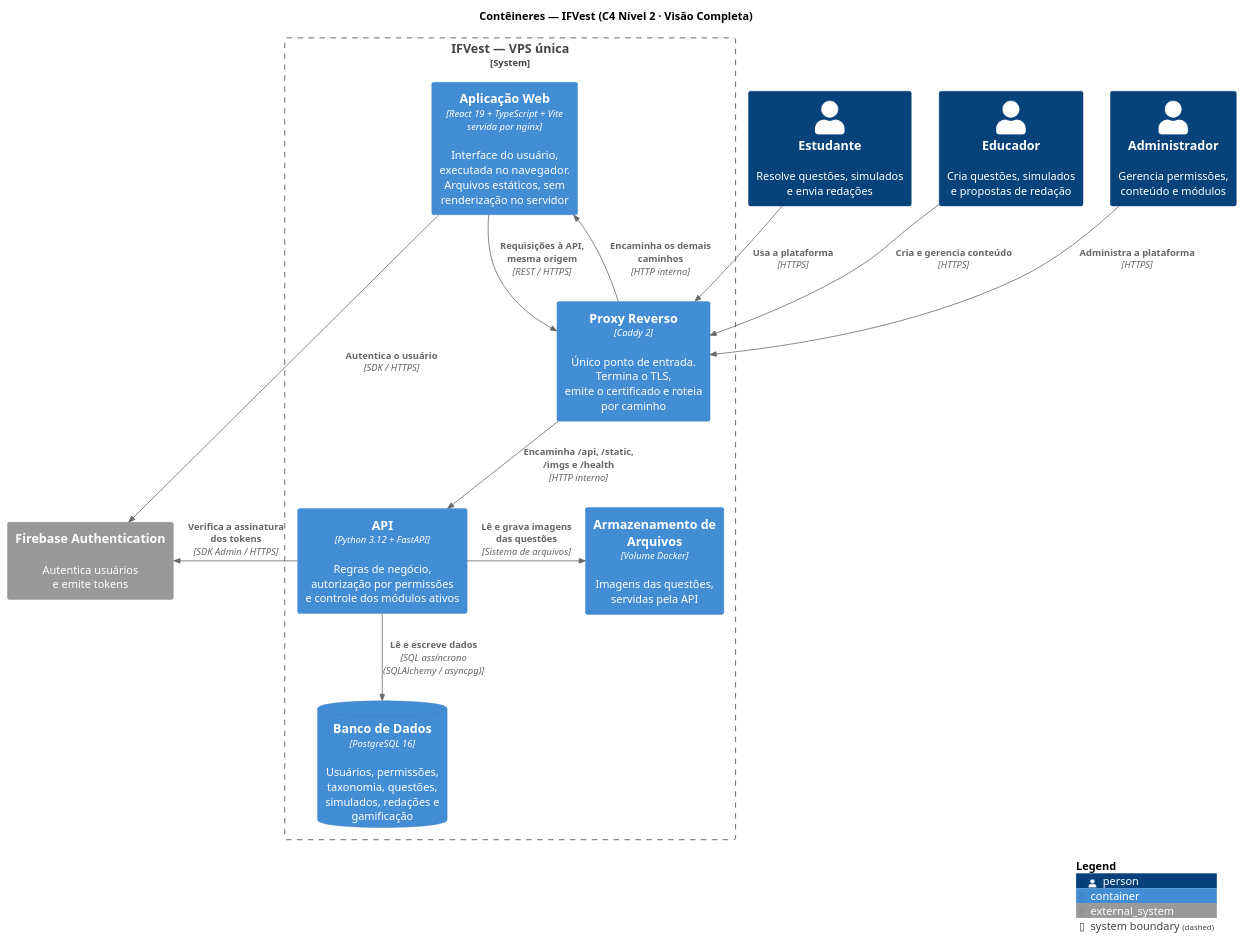
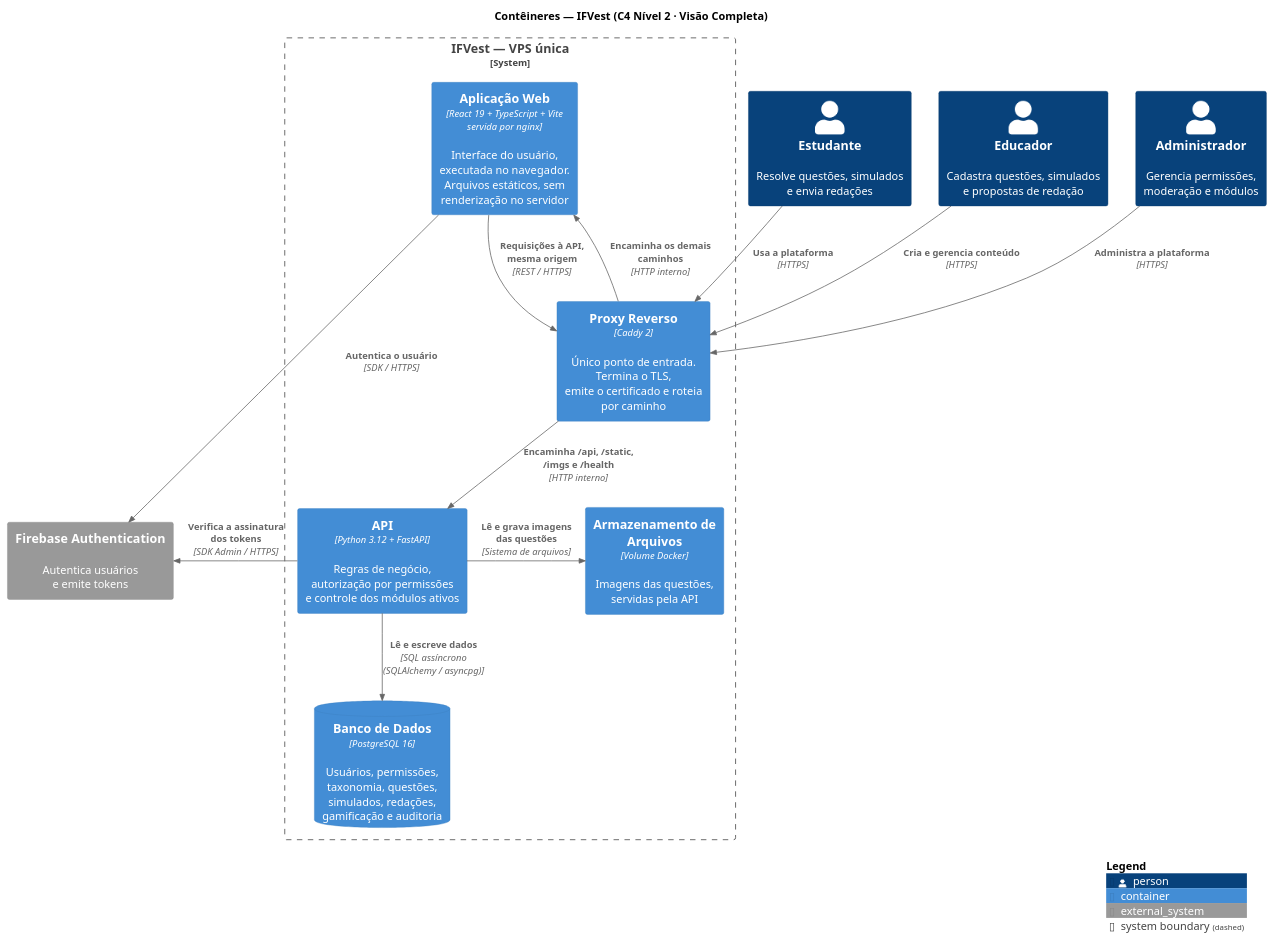
Before and after one commit to IthaloCavalcante/ifvest-docs: the diagram in docs/diagrams/src/c4_l2_container_1.puml, drawn with PlantUML. The commit also changed 17 other files, not shown here.

```diff
--- a/docs/diagrams/src/c4_l2_container_1.puml
+++ b/docs/diagrams/src/c4_l2_container_1.puml
@@ -1,37 +1,37 @@
 @startuml C4_Container_IFVest_Completo
 !include https://raw.githubusercontent.com/plantuml-stdlib/C4-PlantUML/master/C4_Container.puml
 
 title Contêineres — IFVest (C4 Nível 2 · Visão Completa)
 
 LAYOUT_TOP_DOWN()
 
 Person(estudante, "Estudante", "Resolve questões, simulados\ne envia redações")
-Person(educador, "Educador", "Cria questões, simulados\ne propostas de redação")
-Person(admin, "Administrador", "Gerencia permissões,\nconteúdo e módulos")
+Person(educador, "Educador", "Cadastra questões, simulados\ne propostas de redação")
+Person(admin, "Administrador", "Gerencia permissões,\nmoderação e módulos")
 
 System_Boundary(ifvest, "IFVest — VPS única") {
     Container(caddy, "Proxy Reverso", "Caddy 2", "Único ponto de entrada. Termina o TLS,\nemite o certificado e roteia por caminho")
     Container(web, "Aplicação Web", "React 19 + TypeScript + Vite\nservida por nginx", "Interface do usuário, executada no navegador.\nArquivos estáticos, sem renderização no servidor")
     Container(api, "API", "Python 3.12 + FastAPI", "Regras de negócio, autorização por permissões\ne controle dos módulos ativos")
-    ContainerDb(db, "Banco de Dados", "PostgreSQL 16", "Usuários, permissões, taxonomia, questões,\nsimulados, redações e gamificação")
+    ContainerDb(db, "Banco de Dados", "PostgreSQL 16", "Usuários, permissões, taxonomia, questões,\nsimulados, redações, gamificação e auditoria")
     Container(arquivos, "Armazenamento de Arquivos", "Volume Docker", "Imagens das questões, servidas pela API")
 }
 
 System_Ext(firebase, "Firebase Authentication", "Autentica usuários\ne emite tokens")
 
 Rel_D(estudante, caddy, "Usa a plataforma", "HTTPS")
 Rel_D(educador, caddy, "Cria e gerencia conteúdo", "HTTPS")
 Rel_D(admin, caddy, "Administra a plataforma", "HTTPS")
 
 Rel_D(caddy, web, "Encaminha os demais caminhos", "HTTP interno")
 Rel_D(caddy, api, "Encaminha /api, /static,\n/imgs e /health", "HTTP interno")
 
 Rel_R(web, firebase, "Autentica o usuário", "SDK / HTTPS")
 Rel_D(web, caddy, "Requisições à API,\nmesma origem", "REST / HTTPS")
 
 Rel_D(api, db, "Lê e escreve dados", "SQL assíncrono\n(SQLAlchemy / asyncpg)")
 Rel_R(api, arquivos, "Lê e grava imagens\ndas questões", "Sistema de arquivos")
 Rel_R(api, firebase, "Verifica a assinatura\ndos tokens", "SDK Admin / HTTPS")
 
 SHOW_LEGEND()
 @enduml
```
